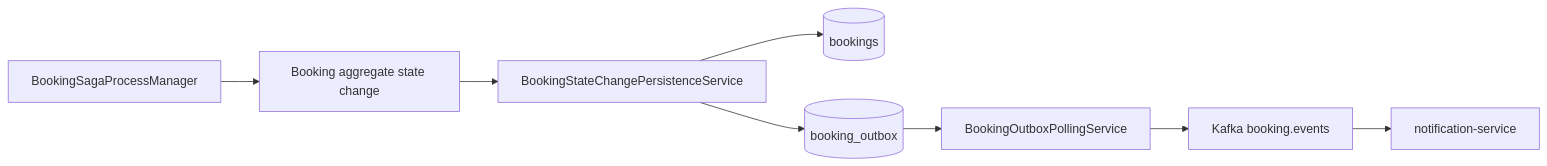
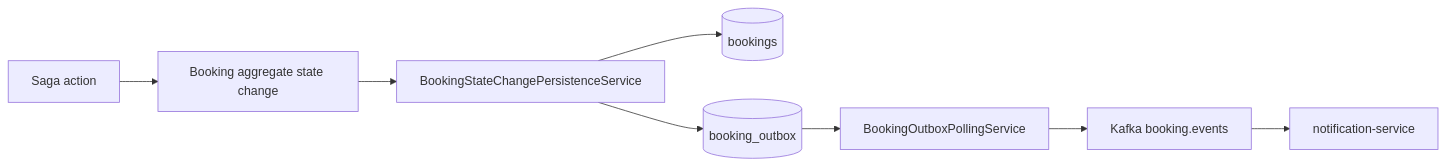
Before and after one commit to VolkovIO/hotelbooking: the sixth of 6 diagrams in docs/booking-saga.md, drawn with Mermaid. The commit also changed other lines of this file and 4 other files, not shown here.

Commit message:
docs(booking): document Spring Statemachine saga prototype

````diff
--- a/docs/booking-saga.md
+++ b/docs/booking-saga.md
@@ -306,10 +291,10 @@
 ```mermaid
 flowchart LR
-    A[BookingSagaProcessManager] --> B[Booking aggregate state change]
+    A[Saga action] --> B[Booking aggregate state change]
     B --> C[BookingStateChangePersistenceService]
     C --> D[(bookings)]
     C --> E[(booking_outbox)]
     E --> F[BookingOutboxPollingService]
     F --> G[Kafka booking.events]
     G --> H[notification-service]
 ```
````
